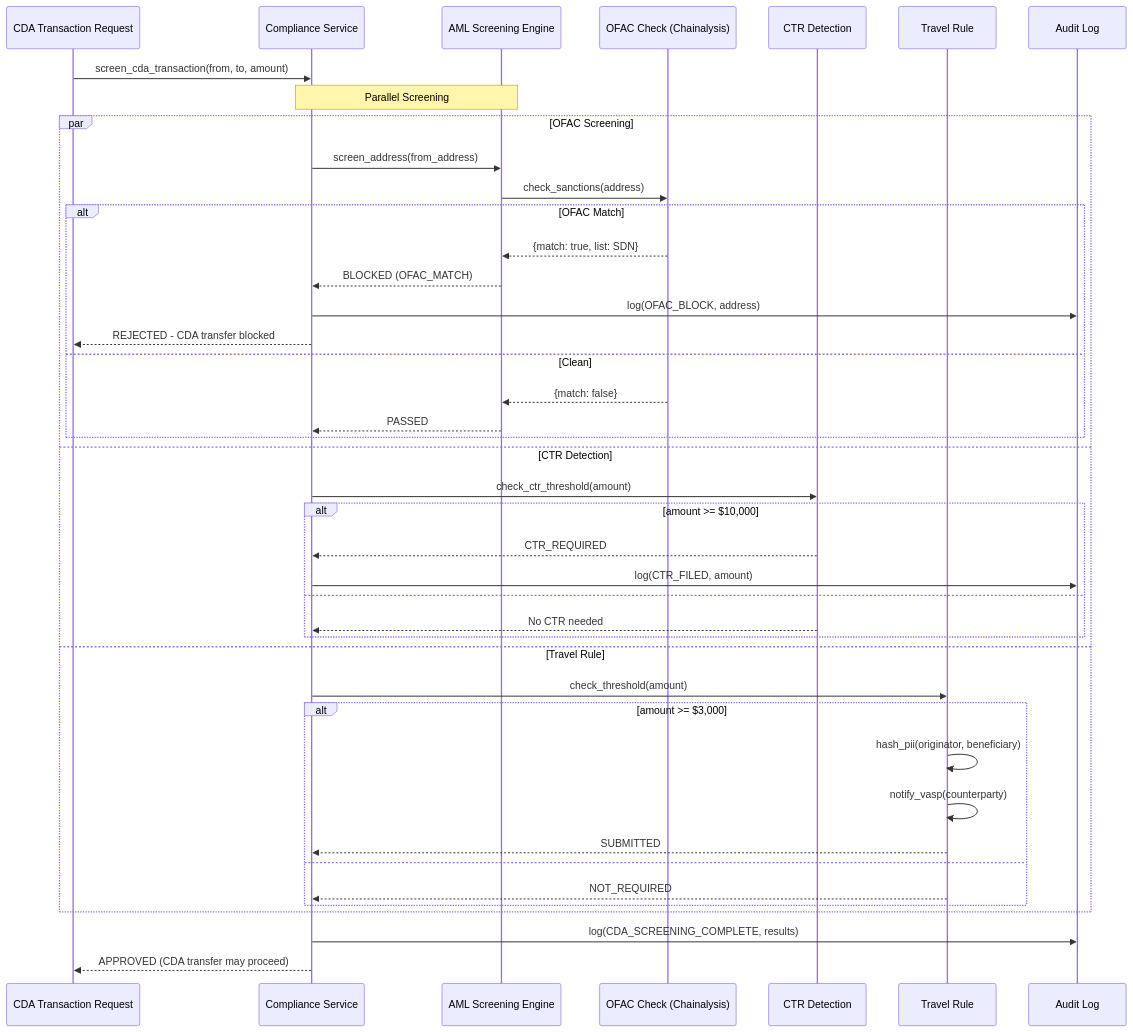
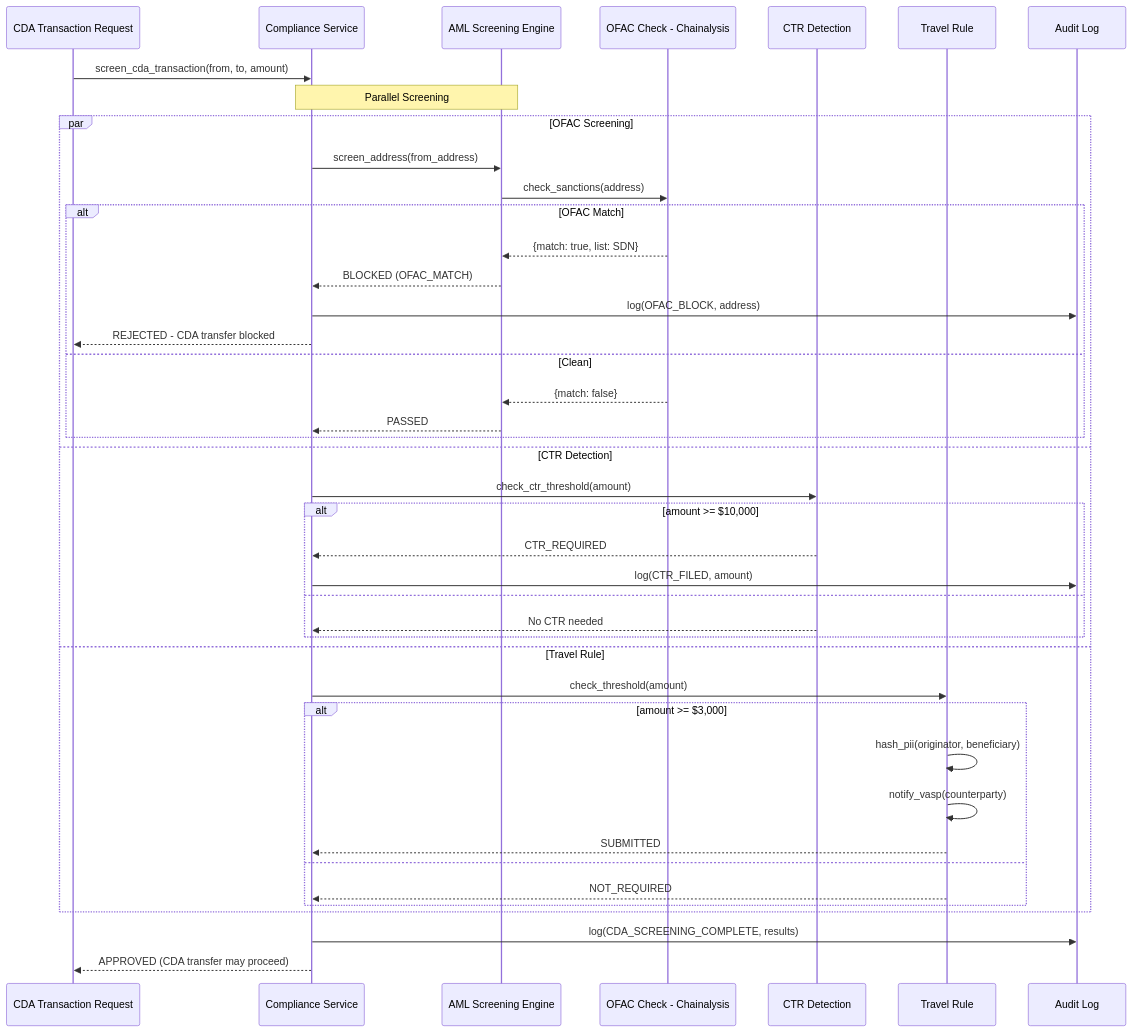
One commit to jnodes/tokenized-deposits changed the seventh of 7 diagrams in arb_package/end_to_end_flows.md. Above: the diagram before and after it, drawn with Mermaid. The commit also changed other lines of this file and 6 other files, not shown here.

Commit message:
fix: repair Mermaid diagram syntax for GitHub rendering — quote special chars, remove em-dashes, fix participant labels

````diff
--- a/arb_package/end_to_end_flows.md
+++ b/arb_package/end_to_end_flows.md
@@ -342,47 +342,47 @@
 ```mermaid
 sequenceDiagram
     participant TX as CDA Transaction Request
     participant COMPLY as Compliance Service
     participant AML as AML Screening Engine
-    participant OFAC as OFAC Check (Chainalysis)
+    participant OFAC as OFAC Check - Chainalysis
     participant CTR as CTR Detection
     participant TRAVEL as Travel Rule
     participant AUDIT as Audit Log
 
     TX->>COMPLY: screen_cda_transaction(from, to, amount)
 
     Note over COMPLY,AML: Parallel Screening
     par OFAC Screening
         COMPLY->>AML: screen_address(from_address)
         AML->>OFAC: check_sanctions(address)
         alt OFAC Match
             OFAC-->>AML: {match: true, list: SDN}
             AML-->>COMPLY: BLOCKED (OFAC_MATCH)
             COMPLY->>AUDIT: log(OFAC_BLOCK, address)
             COMPLY-->>TX: REJECTED - CDA transfer blocked
         else Clean
             OFAC-->>AML: {match: false}
             AML-->>COMPLY: PASSED
         end
     and CTR Detection
         COMPLY->>CTR: check_ctr_threshold(amount)
         alt amount >= $10,000
             CTR-->>COMPLY: CTR_REQUIRED
             COMPLY->>AUDIT: log(CTR_FILED, amount)
         else
             CTR-->>COMPLY: No CTR needed
         end
     and Travel Rule
         COMPLY->>TRAVEL: check_threshold(amount)
         alt amount >= $3,000
             TRAVEL->>TRAVEL: hash_pii(originator, beneficiary)
             TRAVEL->>TRAVEL: notify_vasp(counterparty)
             TRAVEL-->>COMPLY: SUBMITTED
         else
             TRAVEL-->>COMPLY: NOT_REQUIRED
         end
     end
 
     COMPLY->>AUDIT: log(CDA_SCREENING_COMPLETE, results)
     COMPLY-->>TX: APPROVED (CDA transfer may proceed)
 ```
````
